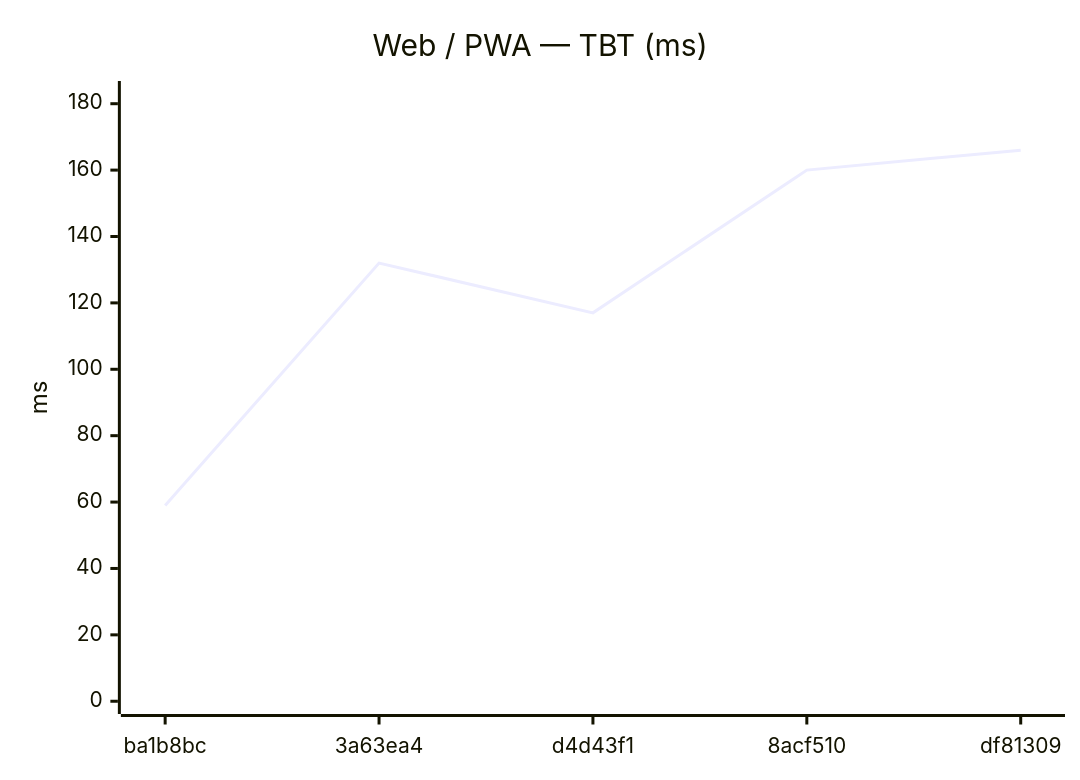
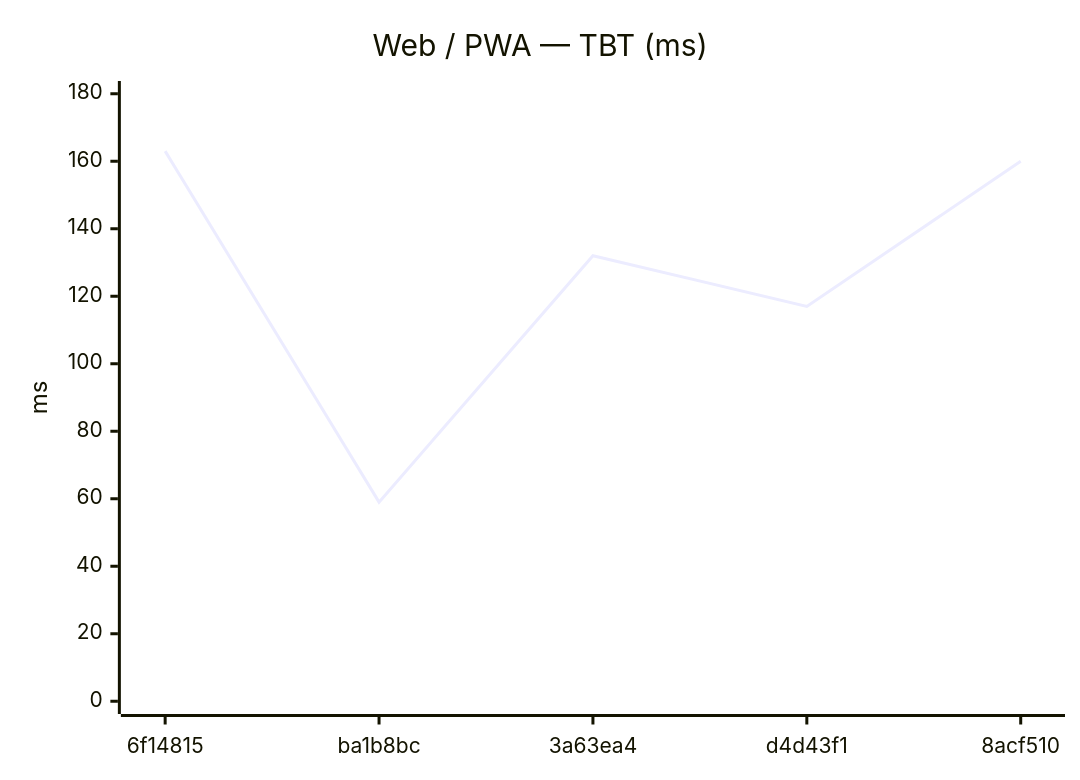
Before and after one commit to Metaheurist/Rianell: the eighth of 18 diagrams in benchmarks/compare.md, drawn with Mermaid. The commit also changed other lines of this file and 11 other files, not shown here.

````diff
--- a/benchmarks/compare.md
+++ b/benchmarks/compare.md
@@ -124,7 +124,7 @@
 ```mermaid
 xychart-beta
     title "Web / PWA — TBT (ms)"
-    x-axis ["ba1b8bc", "3a63ea4", "d4d43f1", "8acf510", "df81309"]
-    y-axis "ms" 0 --> 183
-    line [59, 132, 117, 160, 166]
+    x-axis ["6f14815", "ba1b8bc", "3a63ea4", "d4d43f1", "8acf510"]
+    y-axis "ms" 0 --> 180
+    line [163, 59, 132, 117, 160]
 ```
````
